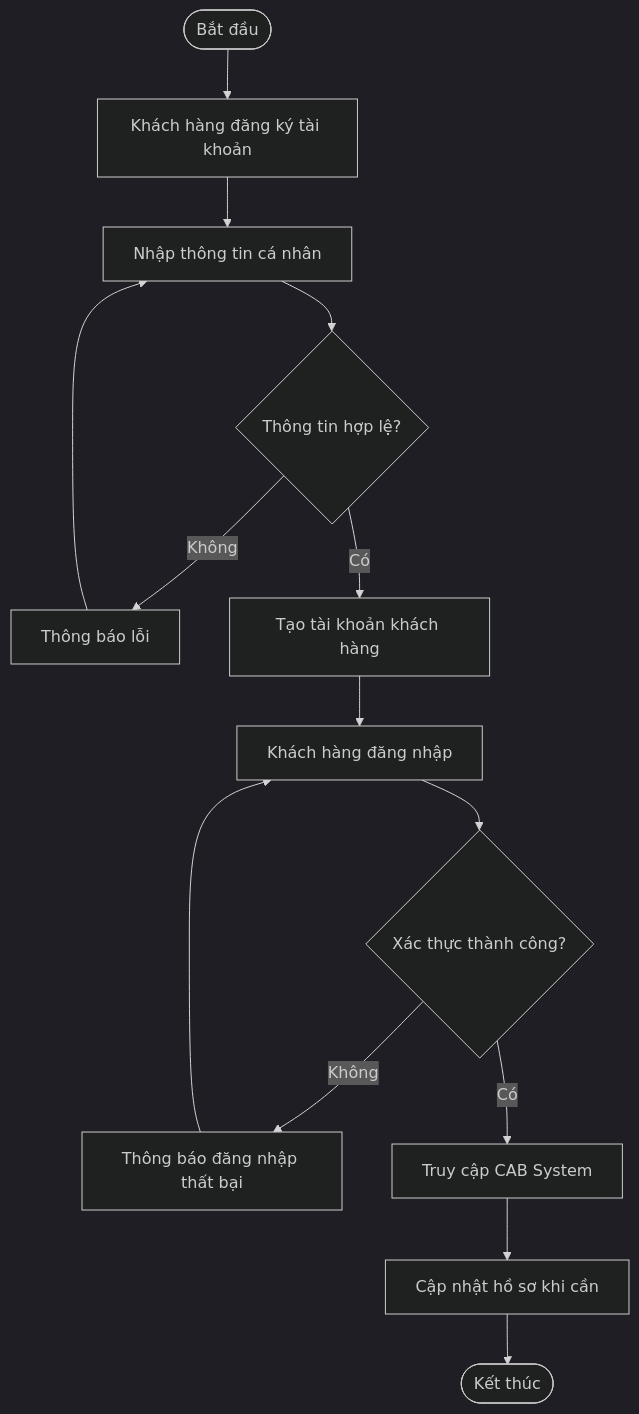
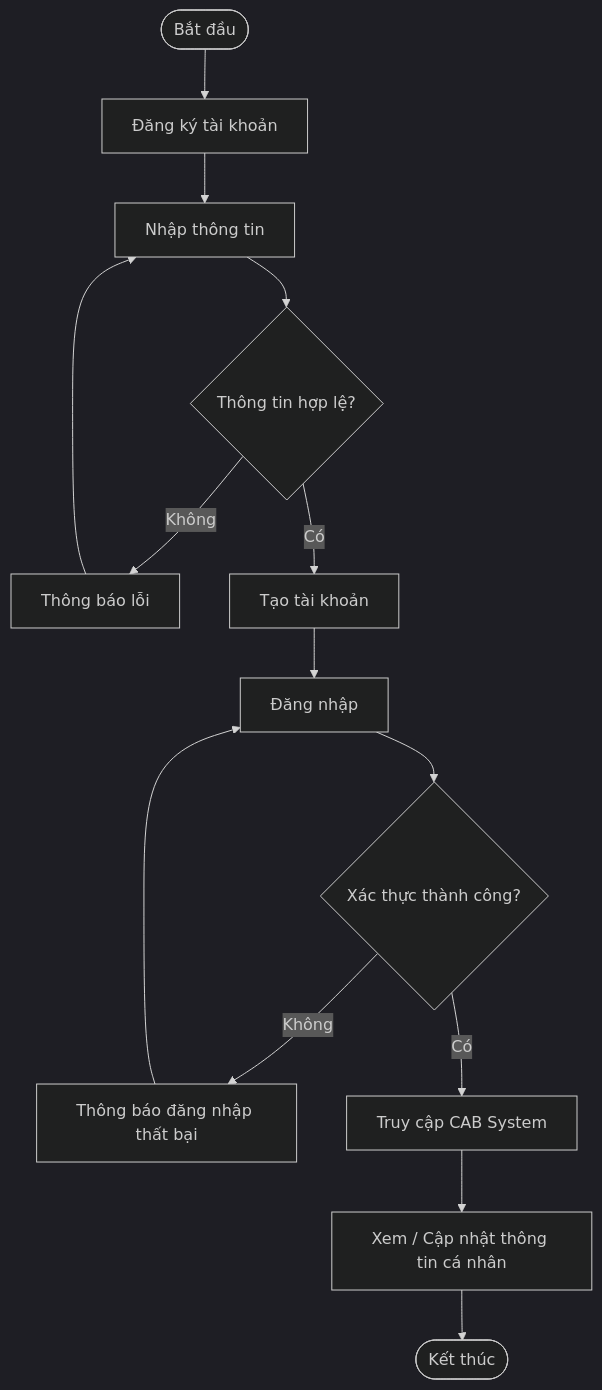
Before and after one commit to ntthuyvy0205-source/23662281_NguyenThiThuyVy_CABSYSTEM: the tenth of 28 diagrams in SRS.md, drawn with Mermaid (dark theme). The commit also changed other lines of this file, not shown here.

````diff
--- a/SRS.md
+++ b/SRS.md
@@ -392,20 +1790,16 @@
 ```mermaid
 flowchart TD
-    A([Bắt đầu]) --> B[Khách hàng đăng ký tài khoản]
-    B --> C[Nhập thông tin cá nhân]
+    A([Bắt đầu]) --> B[Đăng ký tài khoản]
+    B --> C[Nhập thông tin]
     C --> D{Thông tin hợp lệ?}
-
     D -- Không --> E[Thông báo lỗi]
     E --> C
-
-    D -- Có --> F[Tạo tài khoản khách hàng]
-    F --> G[Khách hàng đăng nhập]
+    D -- Có --> F[Tạo tài khoản]
+    F --> G[Đăng nhập]
     G --> H{Xác thực thành công?}
-
     H -- Không --> I[Thông báo đăng nhập thất bại]
     I --> G
-
     H -- Có --> J[Truy cập CAB System]
-    J --> K[Cập nhật hồ sơ khi cần]
+    J --> K[Xem / Cập nhật thông tin cá nhân]
     K --> L([Kết thúc])
 ```
````
